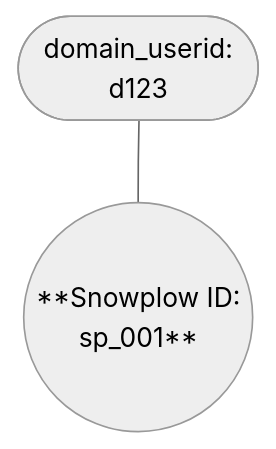
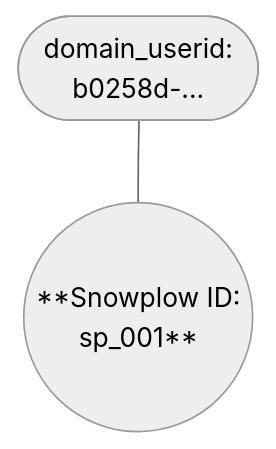
Before and after one commit to snowplow/documentation: the first of 3 diagrams in docs/identities/concepts/cross-domain-tracking/index.md, drawn with Mermaid (neutral theme). The commit also changed other lines of this file and 2 other files, not shown here.

````diff
--- a/docs/identities/concepts/cross-domain-tracking/index.md
+++ b/docs/identities/concepts/cross-domain-tracking/index.md
@@ -28,7 +28,7 @@
 ```mermaid
 graph TD
-    A(["domain_userid:<br/>d123"])
+    A(["domain_userid:<br/>b0258d-..."])
     P1(("**Snowplow ID:<br/>sp_001**"))
 
     A --- P1
 ```
````
